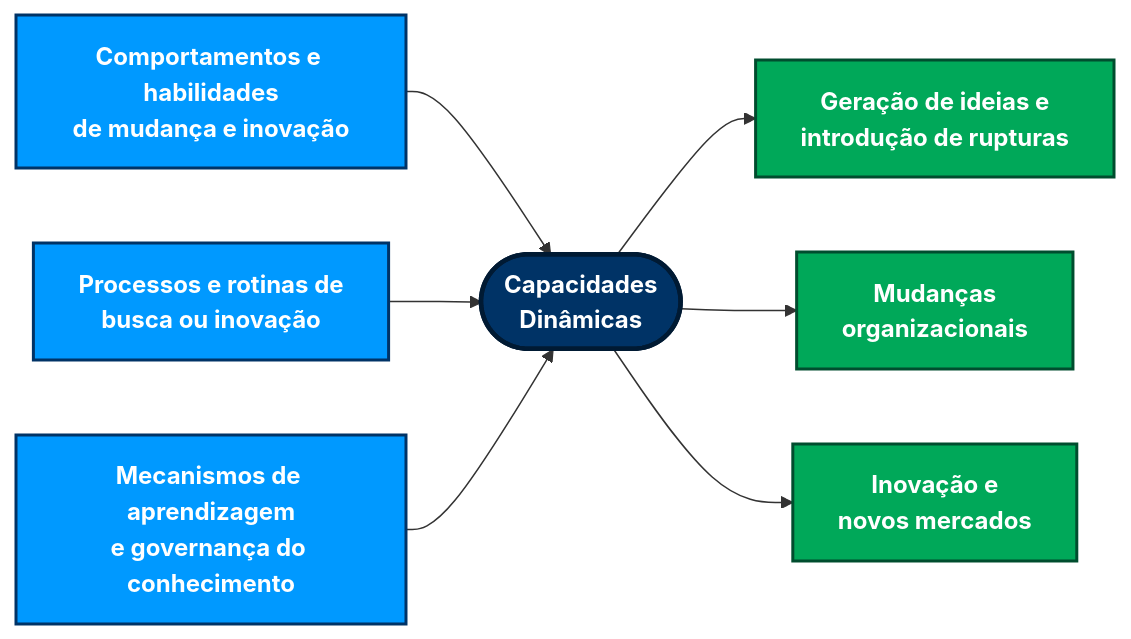
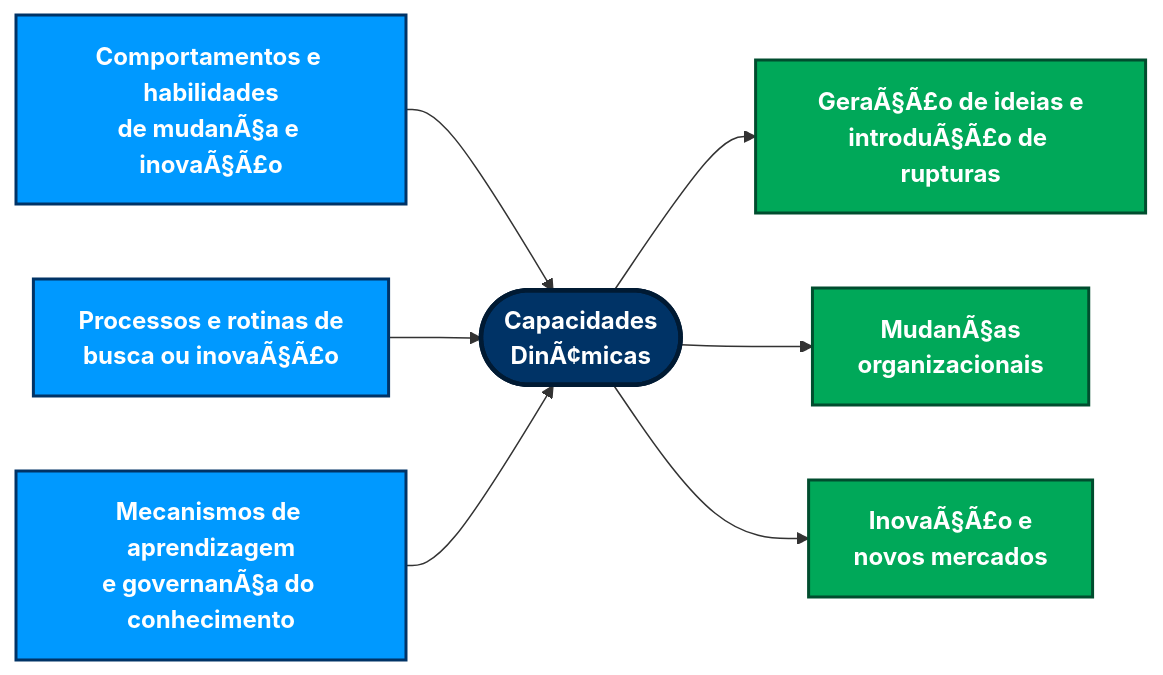
Before and after one commit to ldvsantos/cv: the seventh of 11 diagrams in aulas/ciencia_pi/SLIDES_QUARTO/Tema 05 - Gestao de Projetos inovacao/tema05_apresentacao/tema05_apresentacao.qmd, drawn with Mermaid. The commit also changed other lines of this file and 466 other files, not shown here.

````diff
--- a/aulas/ciencia_pi/SLIDES_QUARTO/Tema 05 - Gestao de Projetos inovacao/tema05_apresentacao/tema05_apresentacao.qmd
+++ b/aulas/ciencia_pi/SLIDES_QUARTO/Tema 05 - Gestao de Projetos inovacao/tema05_apresentacao/tema05_apresentacao.qmd
@@ -823,25 +822,25 @@
 ```{mermaid}
 %%| fig-width: 12
 %%| fig-height: 5
 flowchart LR
-    %% Elementos componentes à esquerda
-    A1[Comportamentos e habilidades<br/>de mudança e inovação] --> C
-    A2[Processos e rotinas de<br/>busca ou inovação] --> C
-    A3[Mecanismos de aprendizagem<br/>e governança do conhecimento] --> C
+    %% Elementos componentes Ã  esquerda
+    A1[Comportamentos e habilidades<br/>de mudanÃ§a e inovaÃ§Ã£o] --> C
+    A2[Processos e rotinas de<br/>busca ou inovaÃ§Ã£o] --> C
+    A3[Mecanismos de aprendizagem<br/>e governanÃ§a do conhecimento] --> C
 
     %% Bloco central
-    C([<b>Capacidades<br/>Dinâmicas</b>])
+    C([<b>Capacidades<br/>DinÃ¢micas</b>])
 
-    %% Indicadores à direita
-    C --> B1[Geração de ideias e<br/>introdução de rupturas]
-    C --> B2[Mudanças<br/>organizacionais]
-    C --> B3[Inovação e<br/>novos mercados]
+    %% Indicadores Ã  direita
+    C --> B1[GeraÃ§Ã£o de ideias e<br/>introduÃ§Ã£o de rupturas]
+    C --> B2[MudanÃ§as<br/>organizacionais]
+    C --> B3[InovaÃ§Ã£o e<br/>novos mercados]
 
     style A1 fill:#0099FF,stroke:#003366,stroke-width:2px,color:#fff,font-weight:bold
     style A2 fill:#0099FF,stroke:#003366,stroke-width:2px,color:#fff,font-weight:bold
     style A3 fill:#0099FF,stroke:#003366,stroke-width:2px,color:#fff,font-weight:bold
     style B1 fill:#00A859,stroke:#004D2E,stroke-width:2px,color:#fff,font-weight:bold
     style B2 fill:#00A859,stroke:#004D2E,stroke-width:2px,color:#fff,font-weight:bold
     style B3 fill:#00A859,stroke:#004D2E,stroke-width:2px,color:#fff,font-weight:bold
     style C fill:#003366,stroke:#001a33,stroke-width:3px,color:#fff,font-weight:bold,font-size:16px
 ```
````
